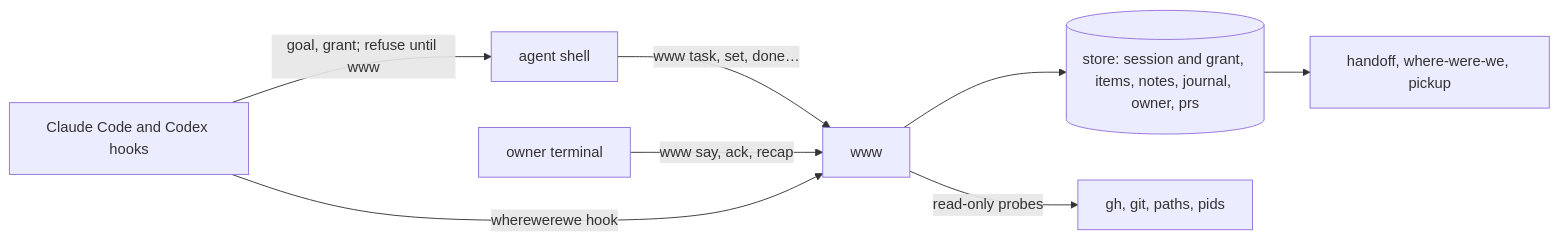
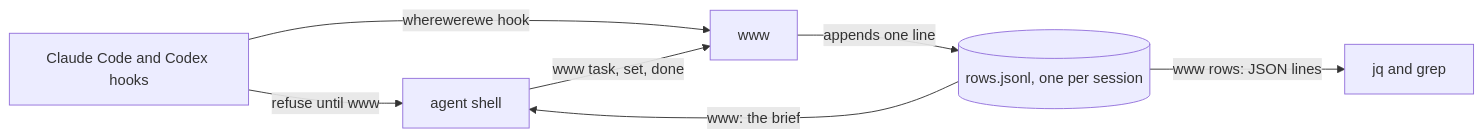
One commit to zgeoff/wherewerewe changed the diagram in docs/design/wherewerewe/README.md. Above: the diagram before and after it, drawn with Mermaid. The commit also changed other lines of this file and 983 other files, not shown here.

First line of the commit message:
feat!: rebuild www as one table of labelled rows (#50)

````diff
--- a/docs/design/wherewerewe/README.md
+++ b/docs/design/wherewerewe/README.md
@@ -16,10 +12,9 @@
 ```mermaid
 flowchart LR
-  agent[agent shell] -->|"www task, set, done…"| cli[www]
-  owner[owner terminal] -->|"www say, ack, recap"| cli
-  cli --> store[(store: session and grant, items, notes, journal, owner, prs)]
-  cli -->|"read-only probes"| world[gh, git, paths, pids]
+  agent[agent shell] -->|"www task, set, done"| cli[www]
+  cli -->|"appends one line"| file[("rows.jsonl, one per session")]
+  file -->|"www: the brief"| agent
+  file -->|"www rows: JSON lines"| jq[jq and grep]
   hooks[Claude Code and Codex hooks] -->|"wherewerewe hook"| cli
-  hooks -->|"goal, grant; refuse until www"| agent
-  store --> skills[handoff, where-were-we, pickup]
+  hooks -->|"refuse until www"| agent
 ```
````
